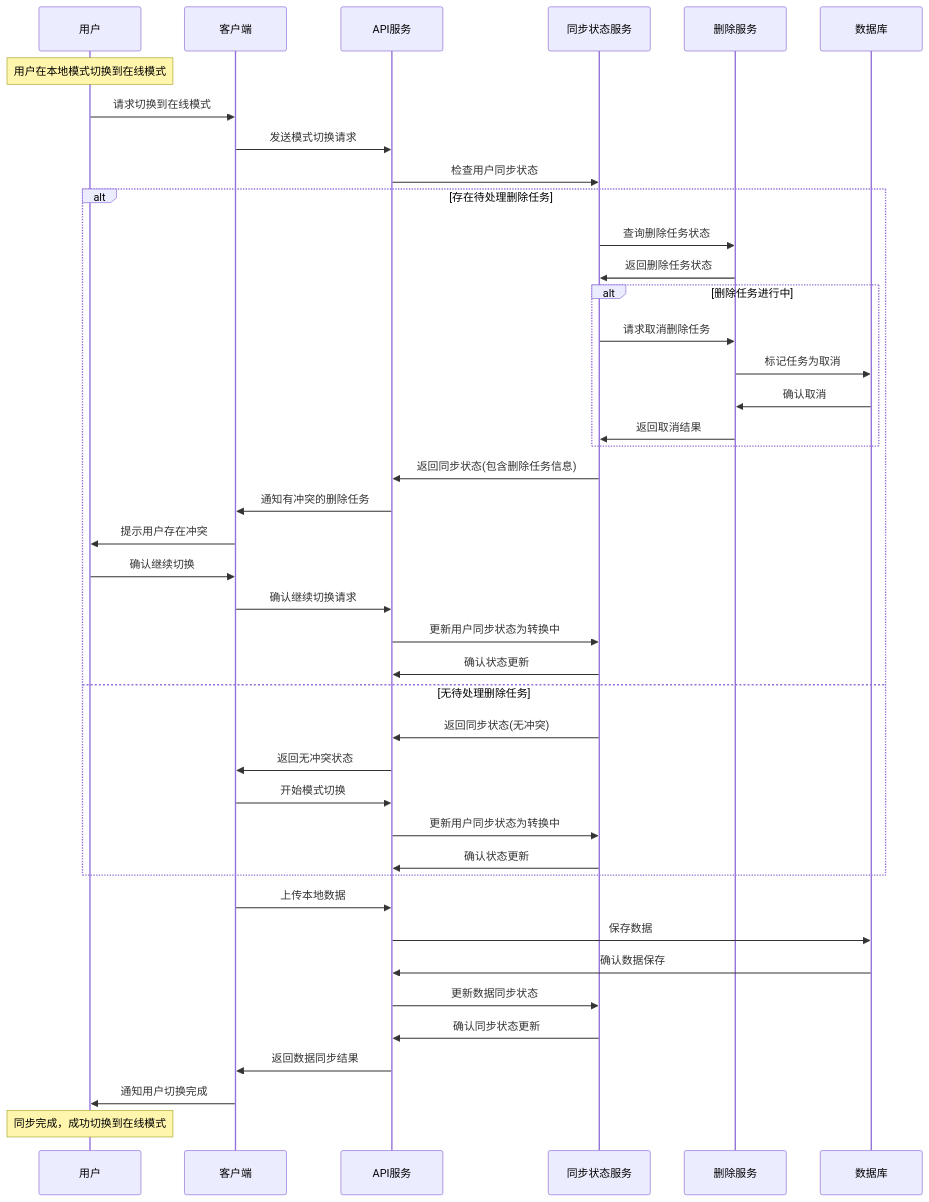
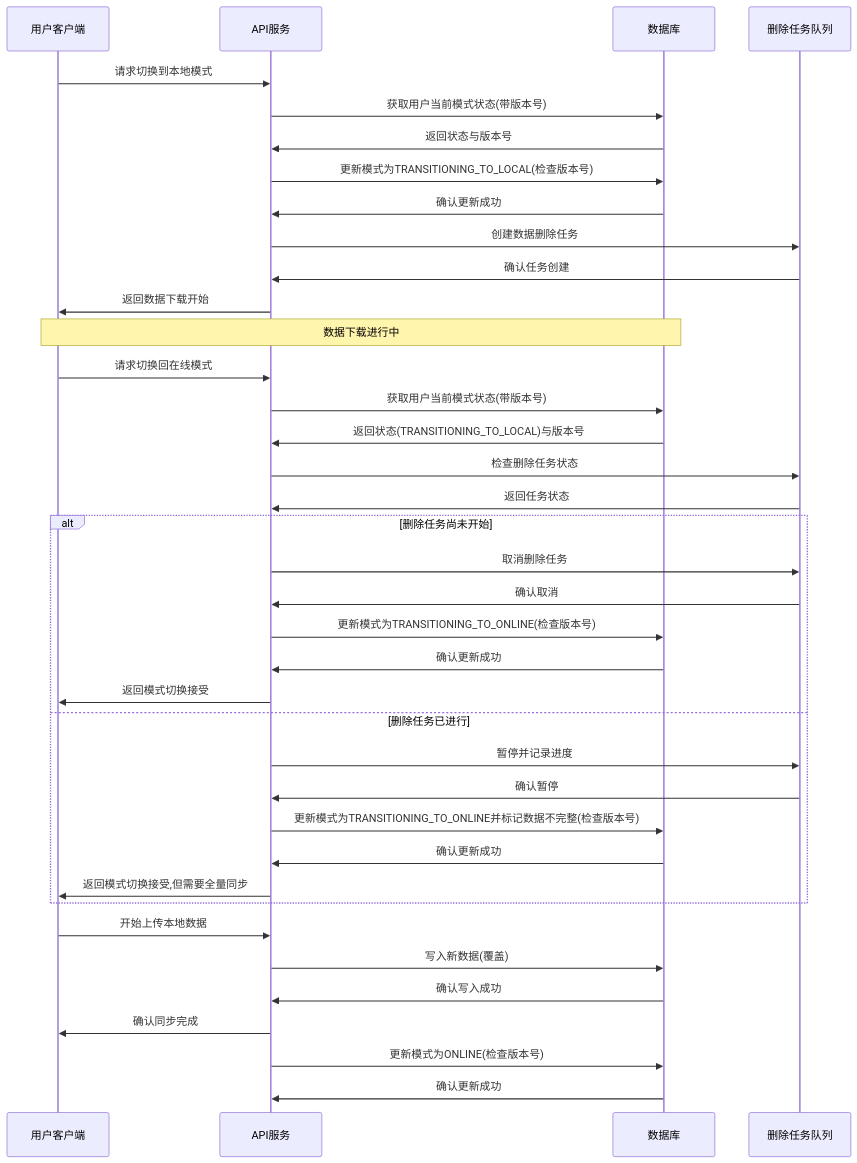
One commit to yingjianzh/iodraw-files changed the diagram in all/未命名-51.md. Above: the diagram before and after it, drawn with Mermaid.

Commit message:
2025-05-08 14:27:19 update

````diff
--- a/all/未命名-51.md
+++ b/all/未命名-51.md
@@ -1,53 +1,51 @@
 ```mermaid
 sequenceDiagram
-    participant User as 用户
-    participant Client as 客户端
+    participant User as 用户客户端
     participant API as API服务
-    participant SyncState as 同步状态服务
-    participant DeletionService as 删除服务
     participant DB as 数据库
+    participant Task as 删除任务队列
     
-    Note over User: 用户在本地模式切换到在线模式
-    User->>Client: 请求切换到在线模式
-    Client->>API: 发送模式切换请求
-    API->>SyncState: 检查用户同步状态
+    User->>API: 请求切换到本地模式
+    API->>DB: 获取用户当前模式状态(带版本号)
+    DB->>API: 返回状态与版本号
     
-    alt 存在待处理删除任务
-        SyncState->>DeletionService: 查询删除任务状态
-        DeletionService->>SyncState: 返回删除任务状态
-        
-        alt 删除任务进行中
-            SyncState->>DeletionService: 请求取消删除任务
-            DeletionService->>DB: 标记任务为取消
-            DB->>DeletionService: 确认取消
-            DeletionService->>SyncState: 返回取消结果
-        end
-        
-        SyncState->>API: 返回同步状态(包含删除任务信息)
-        API->>Client: 通知有冲突的删除任务
-        
-        Client->>User: 提示用户存在冲突
-        User->>Client: 确认继续切换
-        
-        Client->>API: 确认继续切换请求
-        API->>SyncState: 更新用户同步状态为转换中
-        SyncState->>API: 确认状态更新
-    else 无待处理删除任务
-        SyncState->>API: 返回同步状态(无冲突)
-        API->>Client: 返回无冲突状态
-        Client->>API: 开始模式切换
-        API->>SyncState: 更新用户同步状态为转换中
-        SyncState->>API: 确认状态更新
+    API->>DB: 更新模式为TRANSITIONING_TO_LOCAL(检查版本号)
+    DB->>API: 确认更新成功
+    
+    API->>Task: 创建数据删除任务
+    Task->>API: 确认任务创建
+    
+    API->>User: 返回数据下载开始
+    
+    Note over User,DB: 数据下载进行中
+    
+    User->>API: 请求切换回在线模式
+    
+    API->>DB: 获取用户当前模式状态(带版本号)
+    DB->>API: 返回状态(TRANSITIONING_TO_LOCAL)与版本号
+    
+    API->>Task: 检查删除任务状态
+    Task->>API: 返回任务状态
+    
+    alt 删除任务尚未开始
+        API->>Task: 取消删除任务
+        Task->>API: 确认取消
+        API->>DB: 更新模式为TRANSITIONING_TO_ONLINE(检查版本号)
+        DB->>API: 确认更新成功
+        API->>User: 返回模式切换接受
+    else 删除任务已进行
+        API->>Task: 暂停并记录进度
+        Task->>API: 确认暂停
+        API->>DB: 更新模式为TRANSITIONING_TO_ONLINE并标记数据不完整(检查版本号)
+        DB->>API: 确认更新成功
+        API->>User: 返回模式切换接受,但需要全量同步
     end
     
-    Client->>API: 上传本地数据
-    API->>DB: 保存数据
-    DB->>API: 确认数据保存
-    API->>SyncState: 更新数据同步状态
-    SyncState->>API: 确认同步状态更新
+    User->>API: 开始上传本地数据
+    API->>DB: 写入新数据(覆盖)
+    DB->>API: 确认写入成功
+    API->>User: 确认同步完成
     
-    API->>Client: 返回数据同步结果
-    Client->>User: 通知用户切换完成
-    
-    Note over User: 同步完成，成功切换到在线模式
+    API->>DB: 更新模式为ONLINE(检查版本号)
+    DB->>API: 确认更新成功
 ```
````
